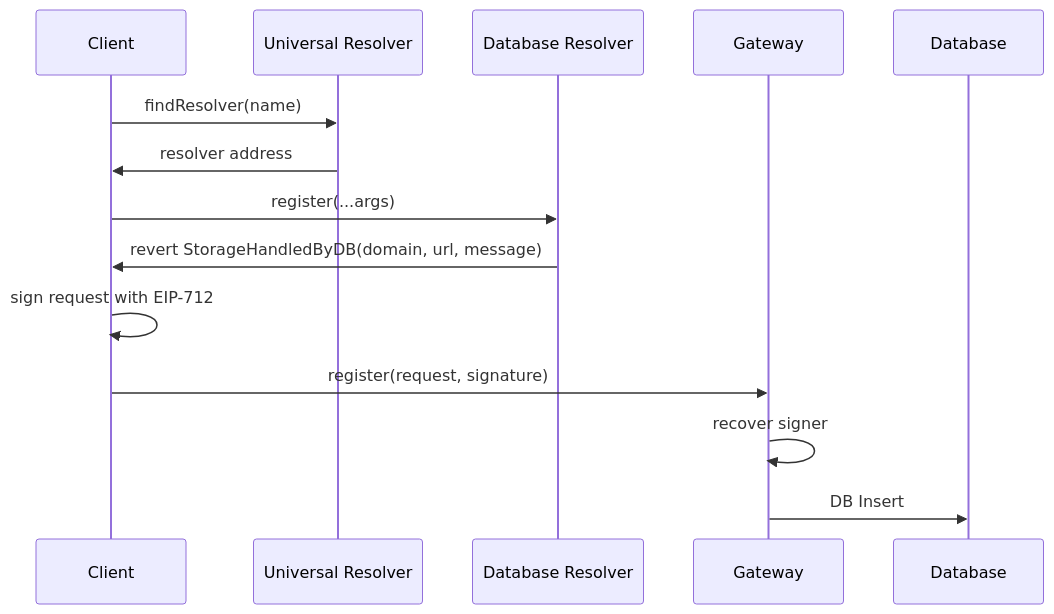
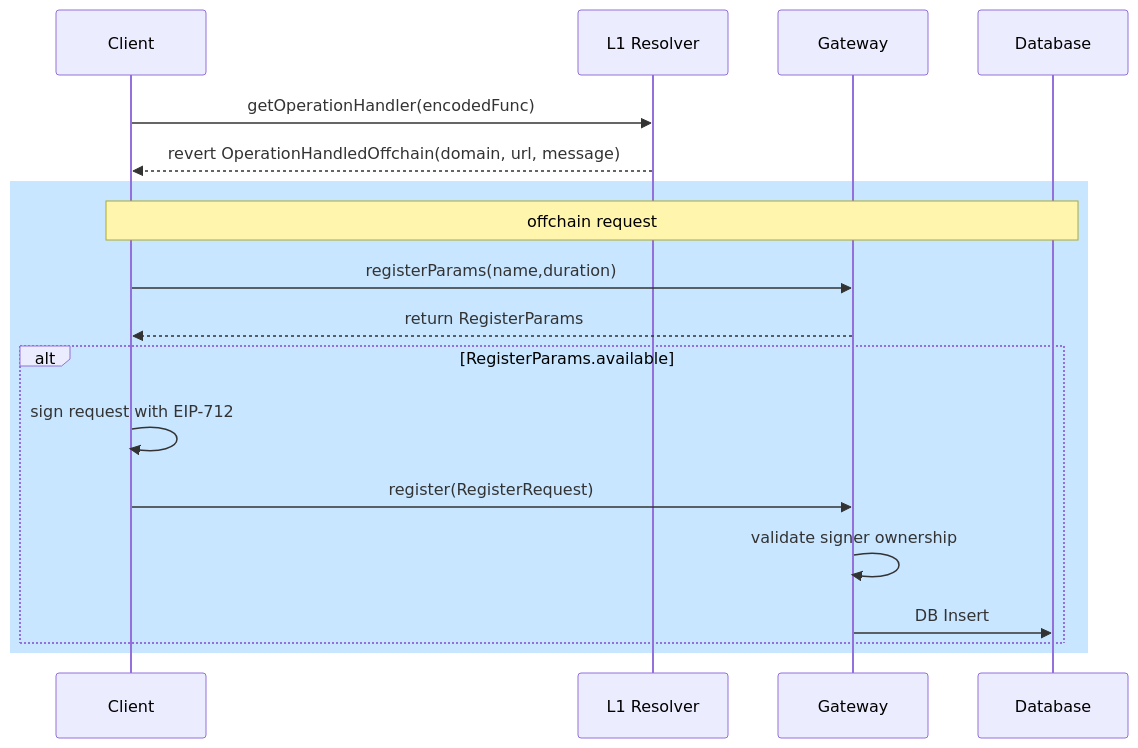
One commit to ensdomains/ensips changed the fourth of 6 diagrams in ensips/TBD.md. Above: the diagram before and after it, drawn with Mermaid. The commit also changed other lines of this file, not shown here.

Commit message:
feat: Wildcard Writing based on Operation Router EIP

````diff
--- a/ensips/TBD.md
+++ b/ensips/TBD.md
@@ -203,17 +244,22 @@
 ```mermaid
 sequenceDiagram
     participant Client
-    participant UniversalResolver as Universal Resolver
-    participant DatabaseResolver as Database Resolver
+    participant L1 Resolver
     participant Gateway
     participant Database
 
-    Client->>UniversalResolver: findResolver(name)
-    UniversalResolver->>Client: resolver address
-    Client->>DatabaseResolver: register(...args)
-    DatabaseResolver->>Client: revert StorageHandledByDB(domain, url, message)
-    Client->>Client: sign request with EIP-712
-    Client->>Gateway: register(request, signature)
-    Gateway->>Gateway: recover signer
-    Gateway->>Database: DB Insert
+    Client->>L1 Resolver: getOperationHandler(encodedFunc)
+    L1 Resolver-->>Client: revert OperationHandledOffchain(domain, url, message)
+    rect rgb(200, 230, 255)
+        note over Client,Database: offchain request
+        Client->>Gateway: registerParams(name,duration)
+        Gateway-->>Client: return RegisterParams
+        alt RegisterParams.available
+            Client->>Client: sign request with EIP-712
+            Client->>Gateway: register(RegisterRequest)
+            Gateway->>Gateway: validate signer ownership
+            Gateway->>Database: DB Insert
+        end
+    end
+
 ```
````
